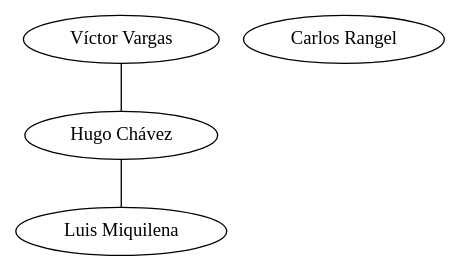
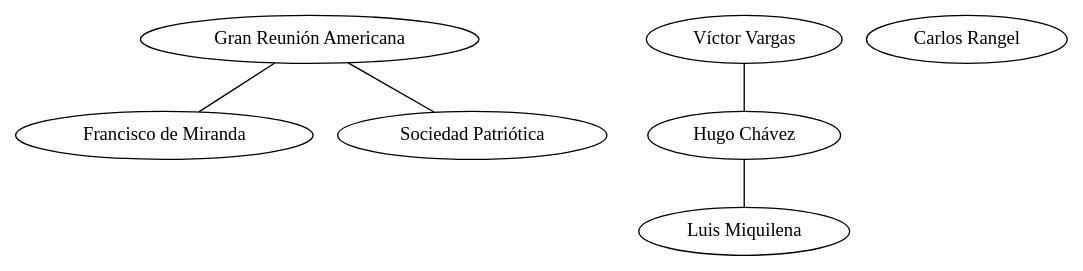
Before and after one commit to tnotstar/tnotdata: the diagram in interchullos/venezuela.gv, drawn with Graphviz.

Commit message:
added some venezuelan leaders and organizations

```diff
--- a/interchullos/venezuela.gv
+++ b/interchullos/venezuela.gv
@@ -1,33 +1,53 @@
 graph venezuela {
-    subgraph bankers {
-        vvi1 [
-            label="Víctor Vargas",
-            full="Víctor Vargas Irausquín",
-            link="https://es.wikipedia.org/wiki/V%C3%ADctor_Vargas",
+    subgraph politicians {
+        sfdmre1 [
+            label="Francisco de Miranda",
+            full="Sebastián Francisco de Miranda y Rodríguez Espinoza",
+            link="https://es.wikipedia.org/wiki/Francisco_de_Miranda",
         ];
-    }
-
-    subgraph politicians {
         hrcf1 [
             label="Hugo Chávez",
             full="Hugo Rafael Chávez Frías",
             link="https://es.wikipedia.org/wiki/Hugo_Ch%C3%A1vez",
         ];
         lmmh1 [
             label="Luis Miquilena",
             full="Luis Manuel Miquilena Hernández",
             link="https://es.wikipedia.org/wiki/Luis_Miquilena",
         ];
-    }
+    };
+
+    subgraph bankers {
+        vvi1 [
+            label="Víctor Vargas",
+            full="Víctor Vargas Irausquín",
+            link="https://es.wikipedia.org/wiki/V%C3%ADctor_Vargas",
+        ];
+    };
 
     subgraph journalists {
         cerg1 [
             label="Carlos Rangel",
             full="Carlos Enrique Rangel Guevara",
             link="https://es.wikipedia.org/wiki/Carlos_Rangel",
         ];
-    }
+    };
 
-    vvi1 -- hrcf1
-    hrcf1 -- lmmh1
+    subgraph organizations {
+        gra1 [
+            label="Gran Reunión Americana",
+            link="https://es.wikipedia.org/wiki/Logia_Lautaro",
+        ];
+        sp1 [
+            label="Sociedad Patriótica",
+            link="https://es.wikipedia.org/wiki/Sociedad_Patri%C3%B3tica_(Venezuela)",
+        ];
+
+        gra1 -- sp1;
+    };
+
+    gra1 -- sfdmre1;
+
+    vvi1 -- hrcf1;
+    hrcf1 -- lmmh1;
 }
```
